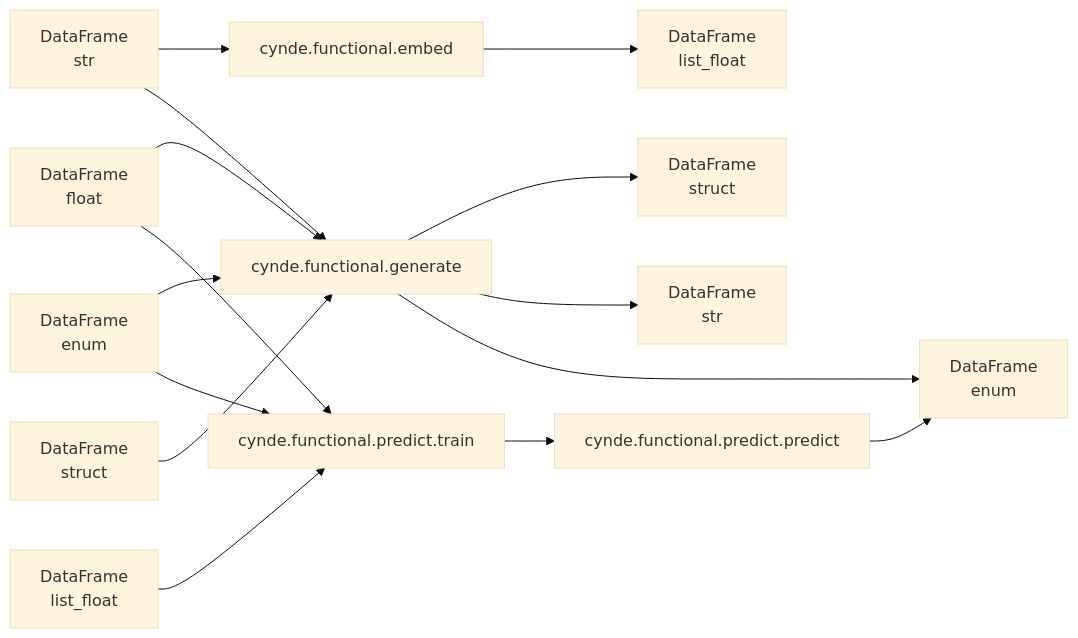
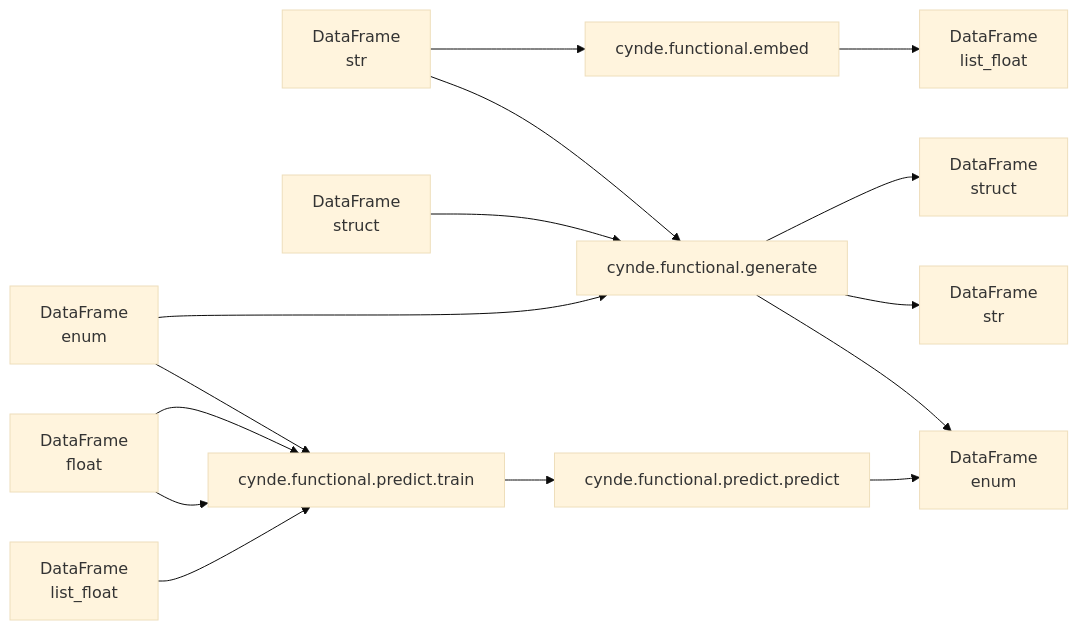
The first of 2 diagrams in README.md (Neural-Dragon-AI/Cynde), drawn with Mermaid (base theme) before and after one commit.

````diff
--- a/README.md
+++ b/README.md
@@ -25,20 +25,20 @@
 ```mermaid
 graph LR
     A[DataFrame<br>str] --> B[cynde.functional.embed]
     A --> C[cynde.functional.generate]
-    D[DataFrame<br>float] --> C
     E[DataFrame<br>enum] --> C
     T[DataFrame<br>struct] --> C
     E --> F[cynde.functional.predict.train]
+    D[DataFrame<br>float] --> F
     D --> F
     G[DataFrame<br>list_float] --> F
 
     B --> N[DataFrame<br>list_float]
 
     C --> T2[DataFrame<br>struct]
     C --> A2[DataFrame<br>str]
     C --> E2[DataFrame<br>enum]
 
     F --> X[cynde.functional.predict.predict]
     X --> E2
 ```
````
